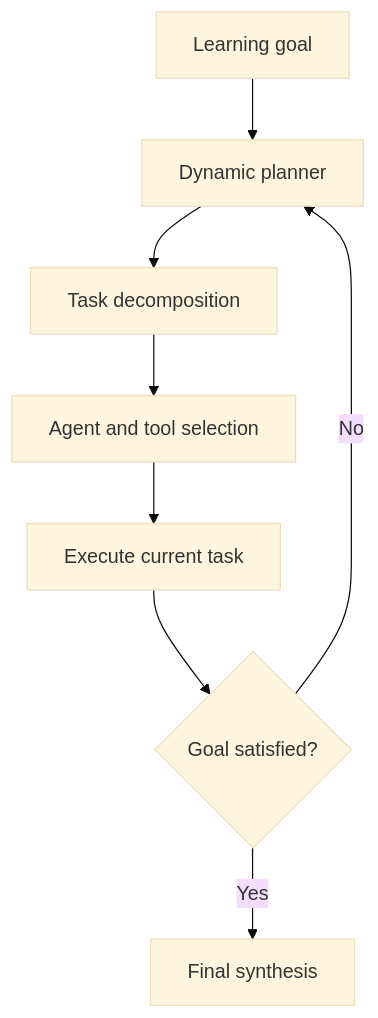
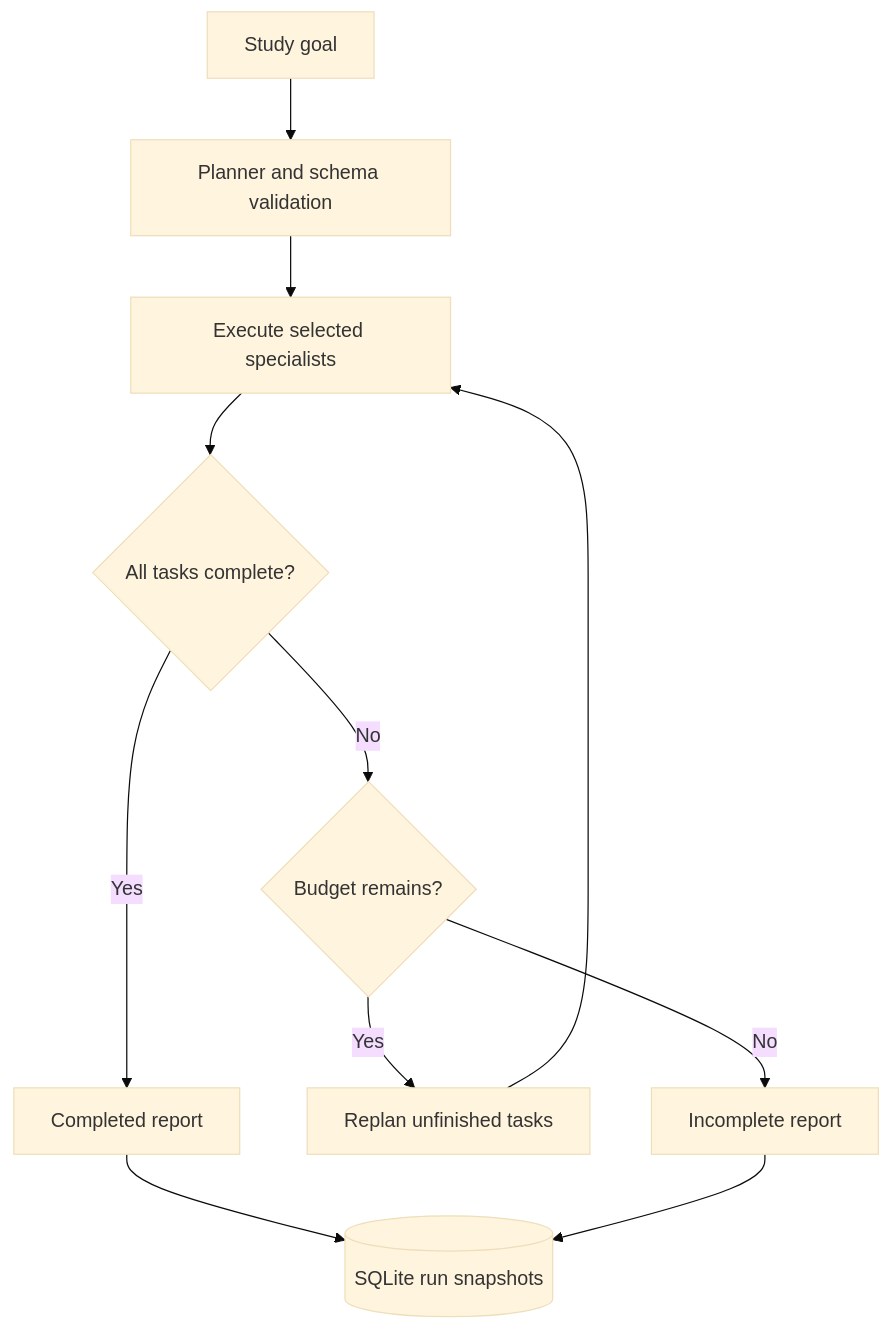
One commit to anne500/multi-agent-study-guide changed diagram 16 of 20 in docs/ARCHITECTURE.md. Above: the diagram before and after it, drawn with Mermaid (base theme). The commit also changed other lines of this file and 5 other files, not shown here.

Commit message:
Add V14 dynamic planning and agent selection

````diff
--- a/docs/ARCHITECTURE.md
+++ b/docs/ARCHITECTURE.md
@@ -310,10 +313,13 @@
 ```mermaid
 flowchart TD
-    A[Learning goal] --> B[Dynamic planner]
-    B --> C[Task decomposition]
-    C --> D[Agent and tool selection]
-    D --> E[Execute current task]
-    E --> F{Goal satisfied?}
-    F -->|Yes| G[Final synthesis]
-    F -->|No| B
+    A[Study goal] --> B[Planner and schema validation]
+    B --> C[Execute selected specialists]
+    C --> D{All tasks complete?}
+    D -->|Yes| E[Completed report]
+    D -->|No| F{Budget remains?}
+    F -->|Yes| G[Replan unfinished tasks]
+    G --> C
+    F -->|No| H[Incomplete report]
+    E --> I[(SQLite run snapshots)]
+    H --> I
 ```
````
